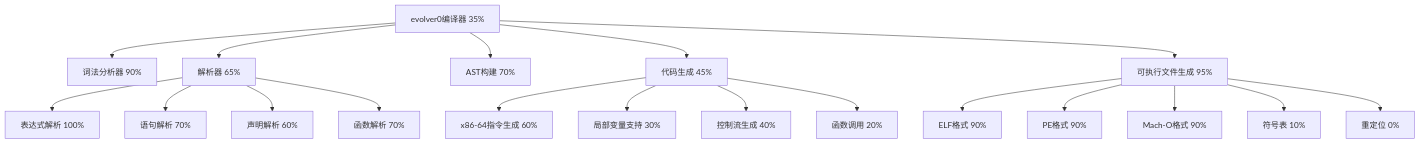
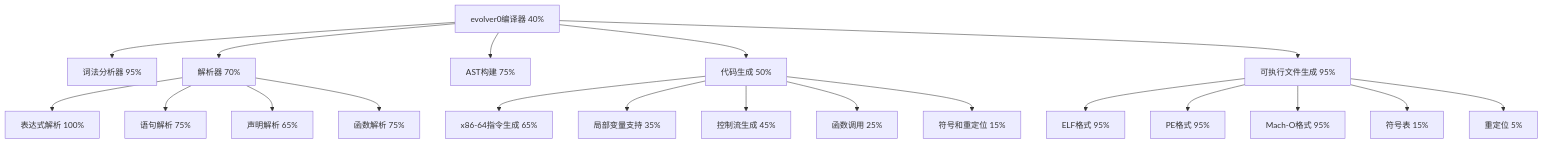
Before and after one commit to wanjochan/self-evolve-ai: the diagram in aitasker.md, drawn with Mermaid. The commit also changed other lines of this file and 2 other files, not shown here.

````diff
--- a/aitasker.md
+++ b/aitasker.md
@@ -8,24 +8,25 @@
 ```mermaid
 graph TD
-    A[evolver0编译器 35%] --> B[词法分析器 90%]
-    A --> C[解析器 65%]
-    A --> D[AST构建 70%]
-    A --> E[代码生成 45%]
+    A[evolver0编译器 40%] --> B[词法分析器 95%]
+    A --> C[解析器 70%]
+    A --> D[AST构建 75%]
+    A --> E[代码生成 50%]
     A --> F[可执行文件生成 95%]
     
     C --> C1[表达式解析 100%]
-    C --> C2[语句解析 70%]
-    C --> C3[声明解析 60%]
-    C --> C4[函数解析 70%]
+    C --> C2[语句解析 75%]
+    C --> C3[声明解析 65%]
+    C --> C4[函数解析 75%]
     
-    E --> E1[x86-64指令生成 60%]
-    E --> E2[局部变量支持 30%]
-    E --> E3[控制流生成 40%]
-    E --> E4[函数调用 20%]
+    E --> E1[x86-64指令生成 65%]
+    E --> E2[局部变量支持 35%]
+    E --> E3[控制流生成 45%]
+    E --> E4[函数调用 25%]
+    E --> E5[符号和重定位 15%]
     
-    F --> F1[ELF格式 90%]
-    F --> F2[PE格式 90%]
-    F --> F3[Mach-O格式 90%]
-    F --> F4[符号表 10%]
-    F --> F5[重定位 0%]
+    F --> F1[ELF格式 95%]
+    F --> F2[PE格式 95%]
+    F --> F3[Mach-O格式 95%]
+    F --> F4[符号表 15%]
+    F --> F5[重定位 5%]
 ```
````
